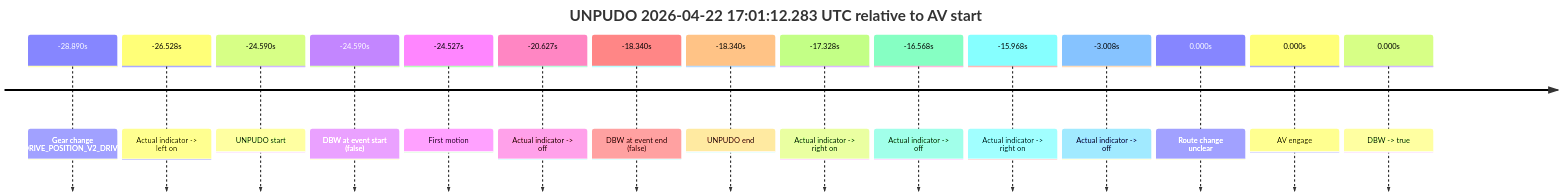
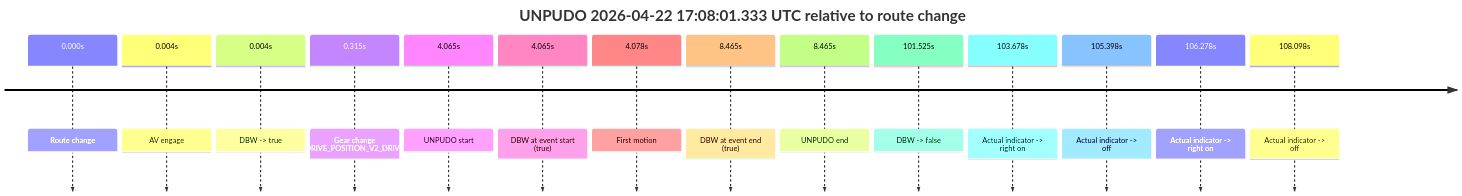
Before and after one commit to yoelshapiro/vault: the seventh of 8 diagrams in model_analysis/report_cards/2026/04/Week-4/fme10010--2026-04-22--16-09-57--gen2-av-97310301-a8d4-4bb7-87aa-6bf157ad09e8.md, drawn with Mermaid. The commit also changed other lines of this file and 36 other files, not shown here.

````diff
--- a/model_analysis/report_cards/2026/04/Week-4/fme10010--2026-04-22--16-09-57--gen2-av-97310301-a8d4-4bb7-87aa-6bf157ad09e8.md
+++ b/model_analysis/report_cards/2026/04/Week-4/fme10010--2026-04-22--16-09-57--gen2-av-97310301-a8d4-4bb7-87aa-6bf157ad09e8.md
@@ -404,19 +609,18 @@
 ```mermaid
 timeline
-    title UNPUDO 2026-04-22 17:01:12.283 UTC relative to AV start
-    -28.890s : Gear change (DRIVE_POSITION_V2_DRIVE)
-    -26.528s : Actual indicator -> left on
-    -24.590s : UNPUDO start
-    -24.590s : DBW at event start (false)
-    -24.527s : First motion
-    -20.627s : Actual indicator -> off
-    -18.340s : DBW at event end (false)
-    -18.340s : UNPUDO end
-    -17.328s : Actual indicator -> right on
-    -16.568s : Actual indicator -> off
-    -15.968s : Actual indicator -> right on
-    -3.008s : Actual indicator -> off
-    0.000s : Route change unclear
-    0.000s : AV engage
-    0.000s : DBW -> true
+    title UNPUDO 2026-04-22 17:08:01.333 UTC relative to route change
+    0.000s : Route change
+    0.004s : AV engage
+    0.004s : DBW -> true
+    0.315s : Gear change (DRIVE_POSITION_V2_DRIVE)
+    4.065s : UNPUDO start
+    4.065s : DBW at event start (true)
+    4.078s : First motion
+    8.465s : DBW at event end (true)
+    8.465s : UNPUDO end
+    101.525s : DBW -> false
+    103.678s : Actual indicator -> right on
+    105.398s : Actual indicator -> off
+    106.278s : Actual indicator -> right on
+    108.098s : Actual indicator -> off
 ```
````
